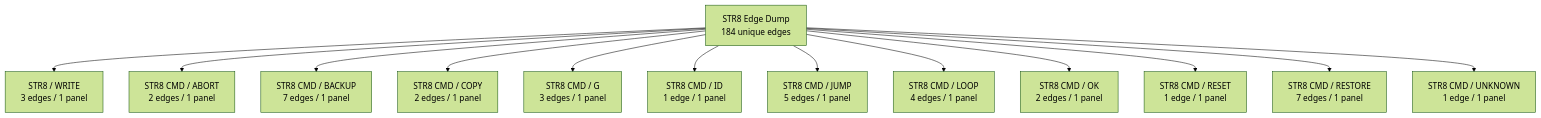
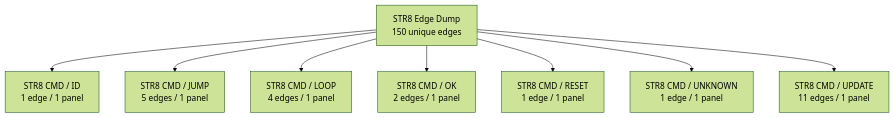
The third of 38 diagrams in DOC/GUIDES/STR8/STR8_EDGE_DUMP.md (95westus/R-YORS), drawn with Mermaid (forest theme) before and after one commit. The commit also changed other lines of this file and 35 other files, not shown here.

````diff
--- a/DOC/GUIDES/STR8/STR8_EDGE_DUMP.md
+++ b/DOC/GUIDES/STR8/STR8_EDGE_DUMP.md
@@ -62,15 +62,10 @@
 ```mermaid
 flowchart TD
-    EDGE_ATLAS_ROOT_2["STR8 Edge Dump<br/>184 unique edges"] --> EDGE_FAMILY_2_0["STR8 / WRITE<br/>3 edges / 1 panel"]
-    EDGE_ATLAS_ROOT_2["STR8 Edge Dump<br/>184 unique edges"] --> EDGE_FAMILY_2_1["STR8 CMD / ABORT<br/>2 edges / 1 panel"]
-    EDGE_ATLAS_ROOT_2["STR8 Edge Dump<br/>184 unique edges"] --> EDGE_FAMILY_2_2["STR8 CMD / BACKUP<br/>7 edges / 1 panel"]
-    EDGE_ATLAS_ROOT_2["STR8 Edge Dump<br/>184 unique edges"] --> EDGE_FAMILY_2_3["STR8 CMD / COPY<br/>2 edges / 1 panel"]
-    EDGE_ATLAS_ROOT_2["STR8 Edge Dump<br/>184 unique edges"] --> EDGE_FAMILY_2_4["STR8 CMD / G<br/>3 edges / 1 panel"]
-    EDGE_ATLAS_ROOT_2["STR8 Edge Dump<br/>184 unique edges"] --> EDGE_FAMILY_2_5["STR8 CMD / ID<br/>1 edge / 1 panel"]
-    EDGE_ATLAS_ROOT_2["STR8 Edge Dump<br/>184 unique edges"] --> EDGE_FAMILY_2_6["STR8 CMD / JUMP<br/>5 edges / 1 panel"]
-    EDGE_ATLAS_ROOT_2["STR8 Edge Dump<br/>184 unique edges"] --> EDGE_FAMILY_2_7["STR8 CMD / LOOP<br/>4 edges / 1 panel"]
-    EDGE_ATLAS_ROOT_2["STR8 Edge Dump<br/>184 unique edges"] --> EDGE_FAMILY_2_8["STR8 CMD / OK<br/>2 edges / 1 panel"]
-    EDGE_ATLAS_ROOT_2["STR8 Edge Dump<br/>184 unique edges"] --> EDGE_FAMILY_2_9["STR8 CMD / RESET<br/>1 edge / 1 panel"]
-    EDGE_ATLAS_ROOT_2["STR8 Edge Dump<br/>184 unique edges"] --> EDGE_FAMILY_2_10["STR8 CMD / RESTORE<br/>7 edges / 1 panel"]
-    EDGE_ATLAS_ROOT_2["STR8 Edge Dump<br/>184 unique edges"] --> EDGE_FAMILY_2_11["STR8 CMD / UNKNOWN<br/>1 edge / 1 panel"]
+    EDGE_ATLAS_ROOT_2["STR8 Edge Dump<br/>150 unique edges"] --> EDGE_FAMILY_2_0["STR8 CMD / ID<br/>1 edge / 1 panel"]
+    EDGE_ATLAS_ROOT_2["STR8 Edge Dump<br/>150 unique edges"] --> EDGE_FAMILY_2_1["STR8 CMD / JUMP<br/>5 edges / 1 panel"]
+    EDGE_ATLAS_ROOT_2["STR8 Edge Dump<br/>150 unique edges"] --> EDGE_FAMILY_2_2["STR8 CMD / LOOP<br/>4 edges / 1 panel"]
+    EDGE_ATLAS_ROOT_2["STR8 Edge Dump<br/>150 unique edges"] --> EDGE_FAMILY_2_3["STR8 CMD / OK<br/>2 edges / 1 panel"]
+    EDGE_ATLAS_ROOT_2["STR8 Edge Dump<br/>150 unique edges"] --> EDGE_FAMILY_2_4["STR8 CMD / RESET<br/>1 edge / 1 panel"]
+    EDGE_ATLAS_ROOT_2["STR8 Edge Dump<br/>150 unique edges"] --> EDGE_FAMILY_2_5["STR8 CMD / UNKNOWN<br/>1 edge / 1 panel"]
+    EDGE_ATLAS_ROOT_2["STR8 Edge Dump<br/>150 unique edges"] --> EDGE_FAMILY_2_6["STR8 CMD / UPDATE<br/>11 edges / 1 panel"]
 ```
````
